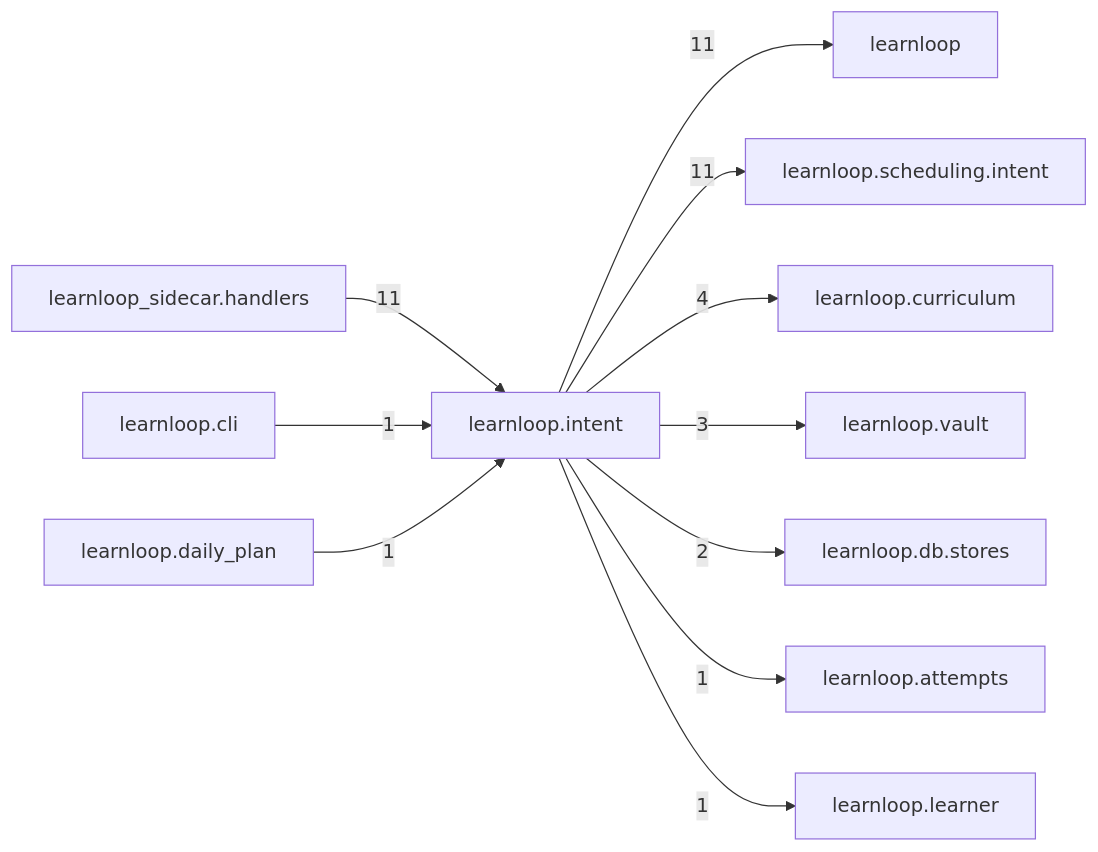
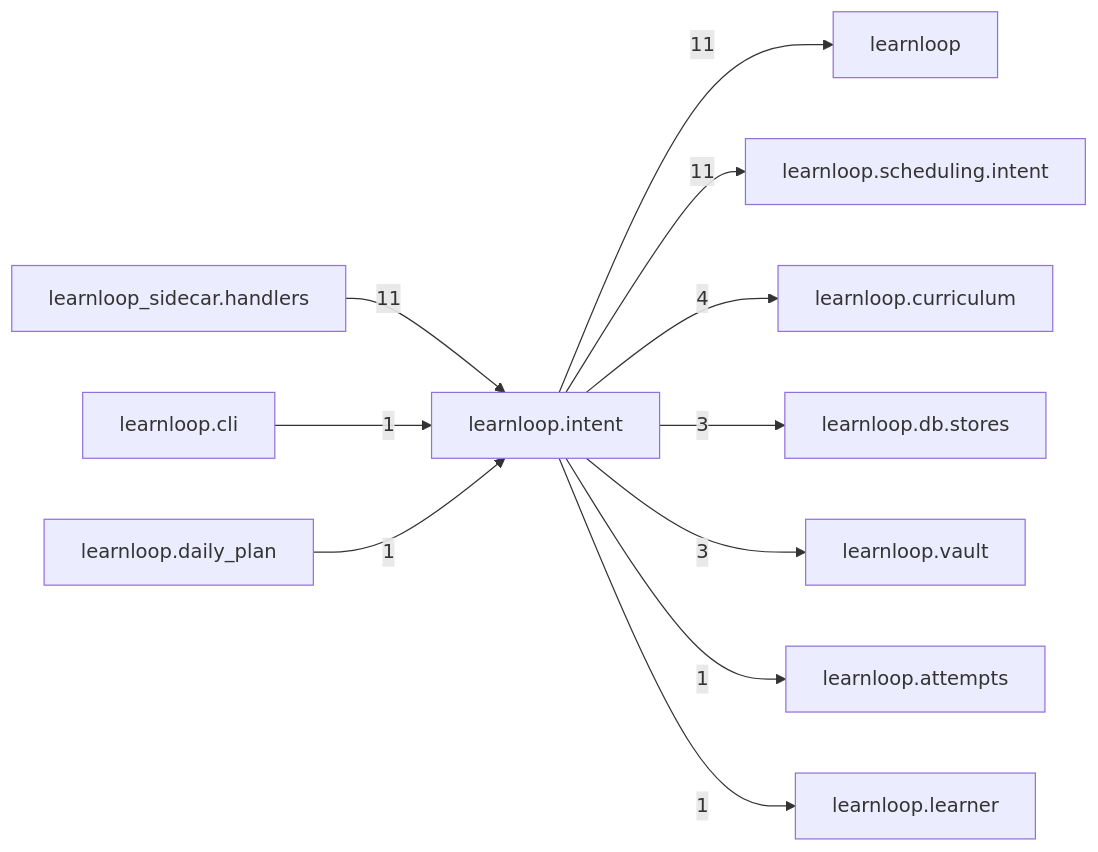
Before and after one commit to 6up-b/learnanything: the diagram in docs/learnloop-architecture-vault/Reference/Modules/learnloop/intent/_package.md, drawn with Mermaid. The commit also changed other lines of this file and 39 other files, not shown here.

````diff
--- a/docs/learnloop-architecture-vault/Reference/Modules/learnloop/intent/_package.md
+++ b/docs/learnloop-architecture-vault/Reference/Modules/learnloop/intent/_package.md
@@ -86,24 +85,24 @@
 ```mermaid
 flowchart LR
     center["learnloop.intent"]
     n_learnloop["learnloop"]
     n_learnloop_scheduling_intent["learnloop.scheduling.intent"]
     n_learnloop_sidecar_handlers["learnloop_sidecar.handlers"]
     n_learnloop_curriculum["learnloop.curriculum"]
+    n_learnloop_db_stores["learnloop.db.stores"]
     n_learnloop_vault["learnloop.vault"]
-    n_learnloop_db_stores["learnloop.db.stores"]
     n_learnloop_attempts["learnloop.attempts"]
     n_learnloop_cli["learnloop.cli"]
     n_learnloop_daily_plan["learnloop.daily_plan"]
     n_learnloop_learner["learnloop.learner"]
     center -->|11| n_learnloop
     center -->|11| n_learnloop_scheduling_intent
     n_learnloop_sidecar_handlers -->|11| center
     center -->|4| n_learnloop_curriculum
+    center -->|3| n_learnloop_db_stores
     center -->|3| n_learnloop_vault
-    center -->|2| n_learnloop_db_stores
     center -->|1| n_learnloop_attempts
     n_learnloop_cli -->|1| center
     n_learnloop_daily_plan -->|1| center
     center -->|1| n_learnloop_learner
 ```
````
